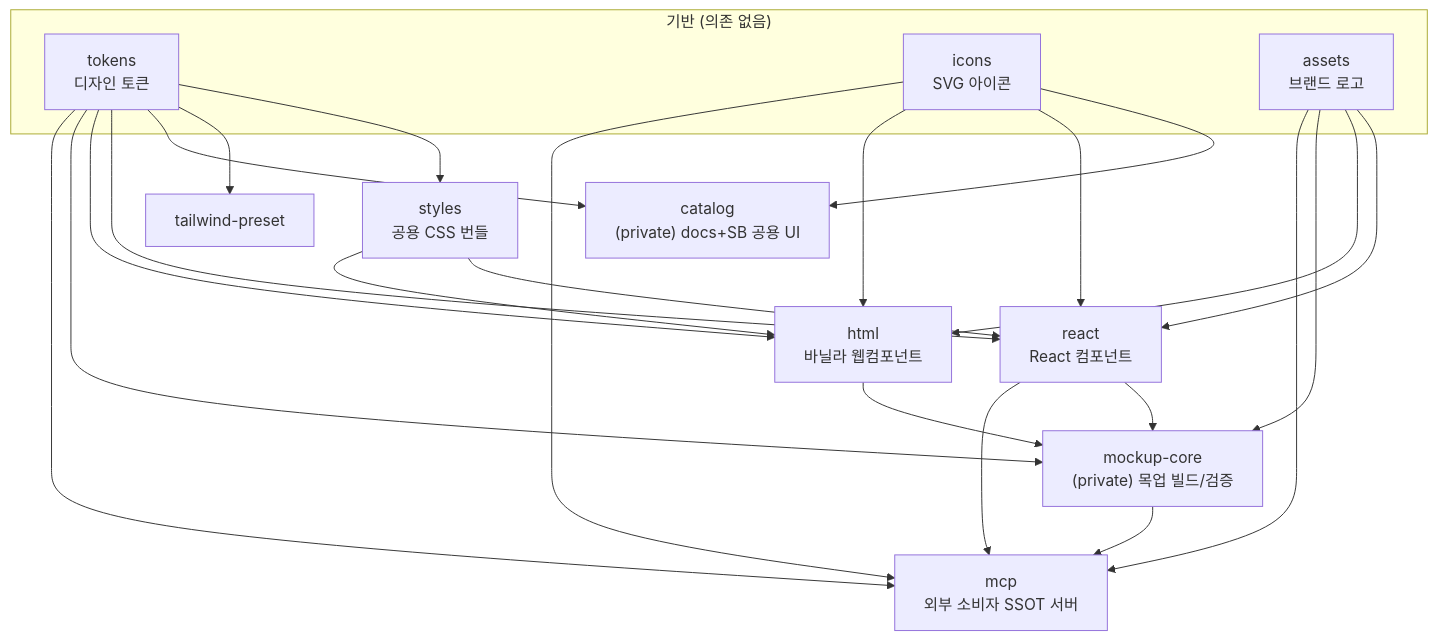
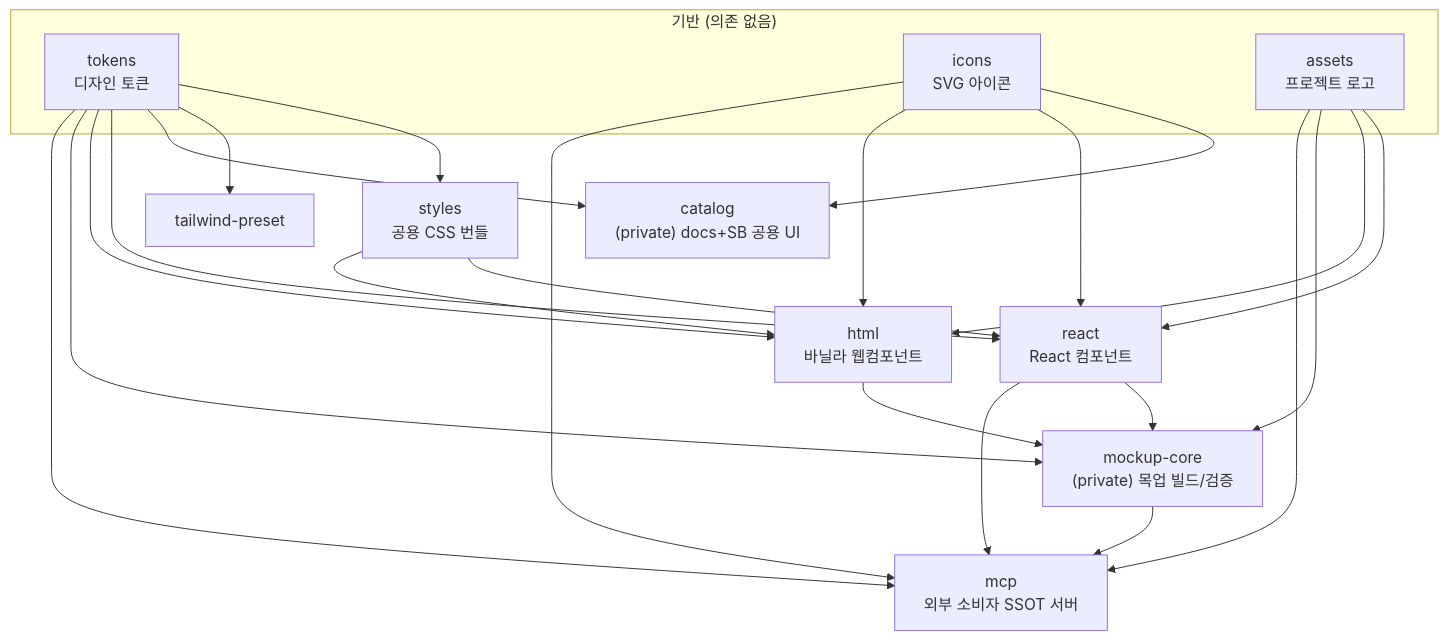
The diagram in ARCHITECTURE.md (ios-nous178/NDS_Project), drawn with Mermaid before and after one commit. The commit also changed other lines of this file and 1152 other files, not shown here.

````diff
--- a/ARCHITECTURE.md
+++ b/ARCHITECTURE.md
@@ -22,27 +22,27 @@
 ```mermaid
 flowchart TB
   subgraph base["기반 (의존 없음)"]
     TK["tokens<br/>디자인 토큰"]
     IC["icons<br/>SVG 아이콘"]
-    AS["assets<br/>브랜드 로고"]
+    AS["assets<br/>프로젝트 로고"]
   end
 
   ST["styles<br/>공용 CSS 번들"]
   TW["tailwind-preset"]
   CAT["catalog<br/>(private) docs+SB 공용 UI"]
 
   RC["react<br/>React 컴포넌트"]
   HT["html<br/>바닐라 웹컴포넌트"]
 
   MK["mockup-core<br/>(private) 목업 빌드/검증"]
   MCP["mcp<br/>외부 소비자 SSOT 서버"]
 
   TK --> ST
   TK --> TW
   TK --> CAT
   IC --> CAT
   TK & IC & AS & ST --> RC
   TK & IC & AS & ST --> HT
   TK & AS & RC & HT --> MK
   TK & IC & AS & RC & MK --> MCP
 ```
````
